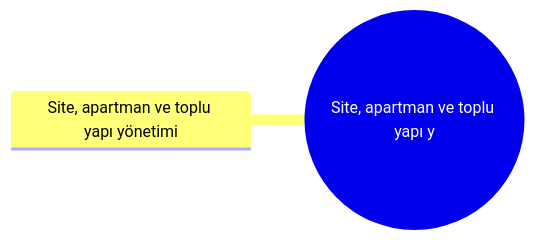
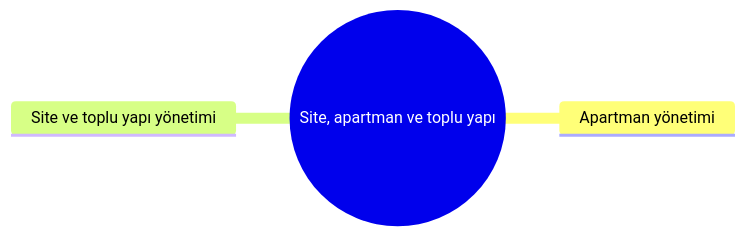
Before and after one commit to sametkarabulut-dev/xfuturepos-v2: the diagram in 02 İşletmeler/09 Emlak & Gayrimenkul/Site, apartman ve toplu yapı yönetimi/Dal – Site, apartman ve toplu yapı yönetimi.md, drawn with Mermaid. The commit also changed other lines of this file and 241 other files, not shown here.

````diff
--- a/02 İşletmeler/09 Emlak & Gayrimenkul/Site, apartman ve toplu yapı yönetimi/Dal – Site, apartman ve toplu yapı yönetimi.md
+++ b/02 İşletmeler/09 Emlak & Gayrimenkul/Site, apartman ve toplu yapı yönetimi/Dal – Site, apartman ve toplu yapı yönetimi.md
@@ -22,5 +23,6 @@
 ```mermaid
 mindmap
-  root((Site, apartman ve toplu yapı y))
-    Site, apartman ve toplu yapı yönetimi
+  root((Site, apartman ve toplu yapı))
+    Apartman yönetimi
+    Site ve toplu yapı yönetimi
 ```
````
